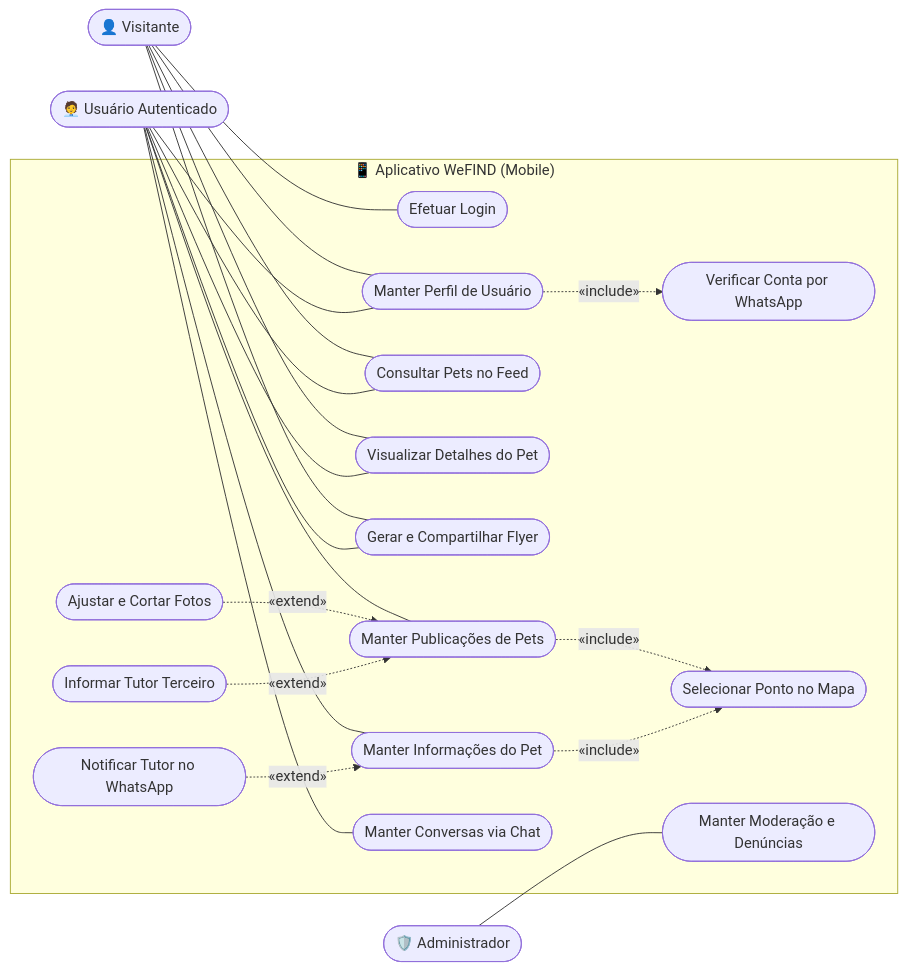
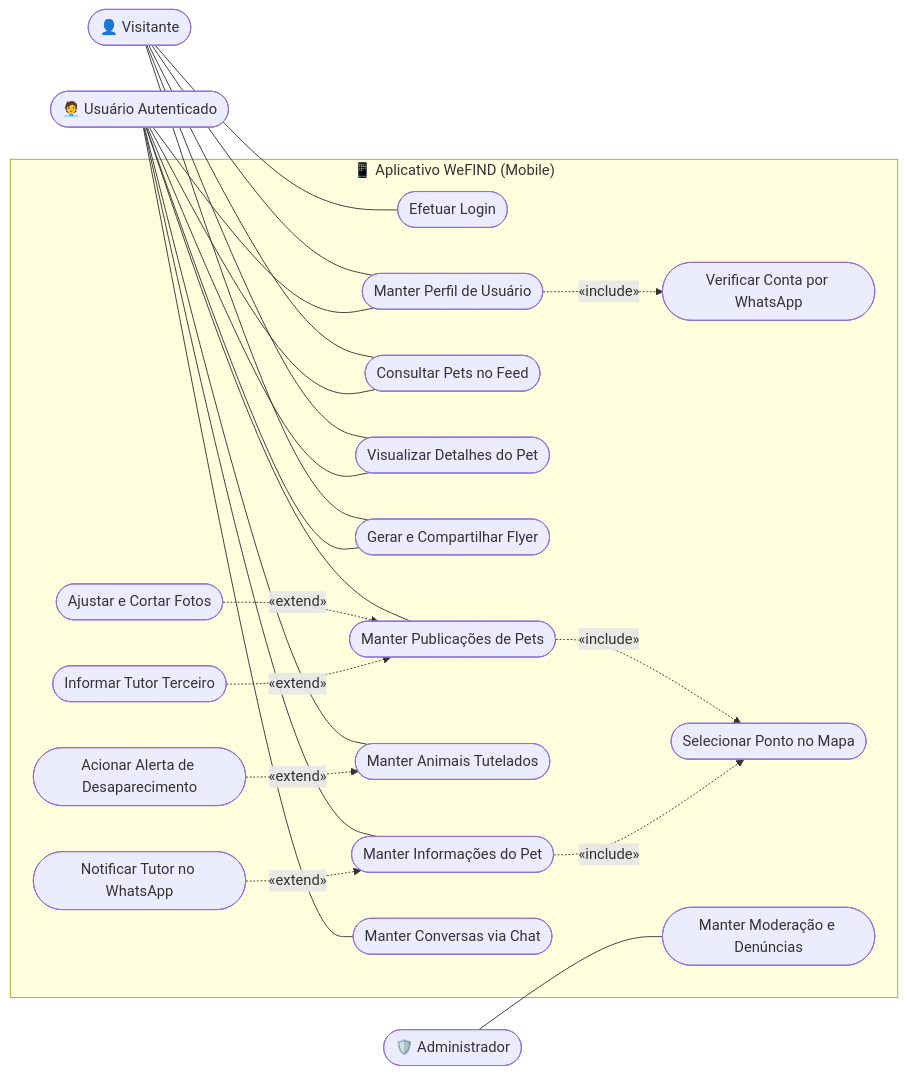
Before and after one commit to LuisHenriqueTSI/tcc_recover_aplicativo: the first of 2 diagrams in docs/DIAGRAMA_CASOS_DE_USO.md, drawn with Mermaid. The commit also changed other lines of this file and 18 other files, not shown here.

First line of the commit message:
refactor(tcc): harmonizar termos para 'Animais Tutelados' e 'Alerta de Desaparecimento'

````diff
--- a/docs/DIAGRAMA_CASOS_DE_USO.md
+++ b/docs/DIAGRAMA_CASOS_DE_USO.md
@@ -21,63 +21,69 @@
 ```mermaid
 flowchart LR
     %% Atores
     Visitor(["👤 Visitante"])
     User(["🧑‍💼 Usuário Autenticado"])
     Admin(["🛡️ Administrador"])
 
     %% Fronteira do Sistema
     subgraph WeFIND ["📱 Aplicativo WeFIND (Mobile)"]
         
         %% Módulo de Autenticação e Perfil
         UC_Auth(["Efetuar Login"])
         UC_Profile(["Manter Perfil de Usuário"])
         UC_Verify2FA(["Verificar Conta por WhatsApp"])
 
         %% Módulo de Pets e Publicações
         UC_Search(["Consultar Pets no Feed"])
         UC_ViewDetail(["Visualizar Detalhes do Pet"])
         UC_ShareFlyer(["Gerar e Compartilhar Flyer"])
         UC_MaintainPets(["Manter Publicações de Pets"])
         UC_CropPhotos(["Ajustar e Cortar Fotos"])
         UC_ThirdParty(["Informar Tutor Terceiro"])
+
+        %% Módulo de Animais Tutelados e Prevenção
+        UC_MaintainTutored(["Manter Animais Tutelados"])
+        UC_TriggerAlert(["Acionar Alerta de Desaparecimento"])
 
         %% Módulo de Informações e Interação
         UC_MaintainSightings(["Manter Informações do Pet"])
         UC_PickMapLocation(["Selecionar Ponto no Mapa"])
         UC_NotifyOwnerWhatsApp(["Notificar Tutor no WhatsApp"])
         
         UC_MaintainChat(["Manter Conversas via Chat"])
 
         %% Módulo Administrativo
         UC_MaintainModeration(["Manter Moderação e Denúncias"])
     end
 
     %% Associações do Visitante (Linhas contínuas simples)
     Visitor --- UC_Auth
     Visitor --- UC_Profile
     Visitor --- UC_Search
     Visitor --- UC_ViewDetail
     Visitor --- UC_ShareFlyer
 
     %% Associações do Usuário Autenticado (Linhas contínuas simples)
     User --- UC_Profile
     User --- UC_Search
     User --- UC_ViewDetail
     User --- UC_ShareFlyer
     User --- UC_MaintainPets
+    User --- UC_MaintainTutored
     User --- UC_MaintainSightings
     User --- UC_MaintainChat
 
     %% Associações do Administrador
     Admin --- UC_MaintainModeration
 
     %% Inclusões Obrigatórias (<<include>>)
     UC_Profile -.->|«include»| UC_Verify2FA
     UC_MaintainPets -.->|«include»| UC_PickMapLocation
     UC_MaintainSightings -.->|«include»| UC_PickMapLocation
 
     %% Extensões Opcionais (<<extend>>)
     UC_CropPhotos -.->|«extend»| UC_MaintainPets
     UC_ThirdParty -.->|«extend»| UC_MaintainPets
+    UC_TriggerAlert -.->|«extend»| UC_MaintainTutored
     UC_NotifyOwnerWhatsApp -.->|«extend»| UC_MaintainSightings
 ```
````
